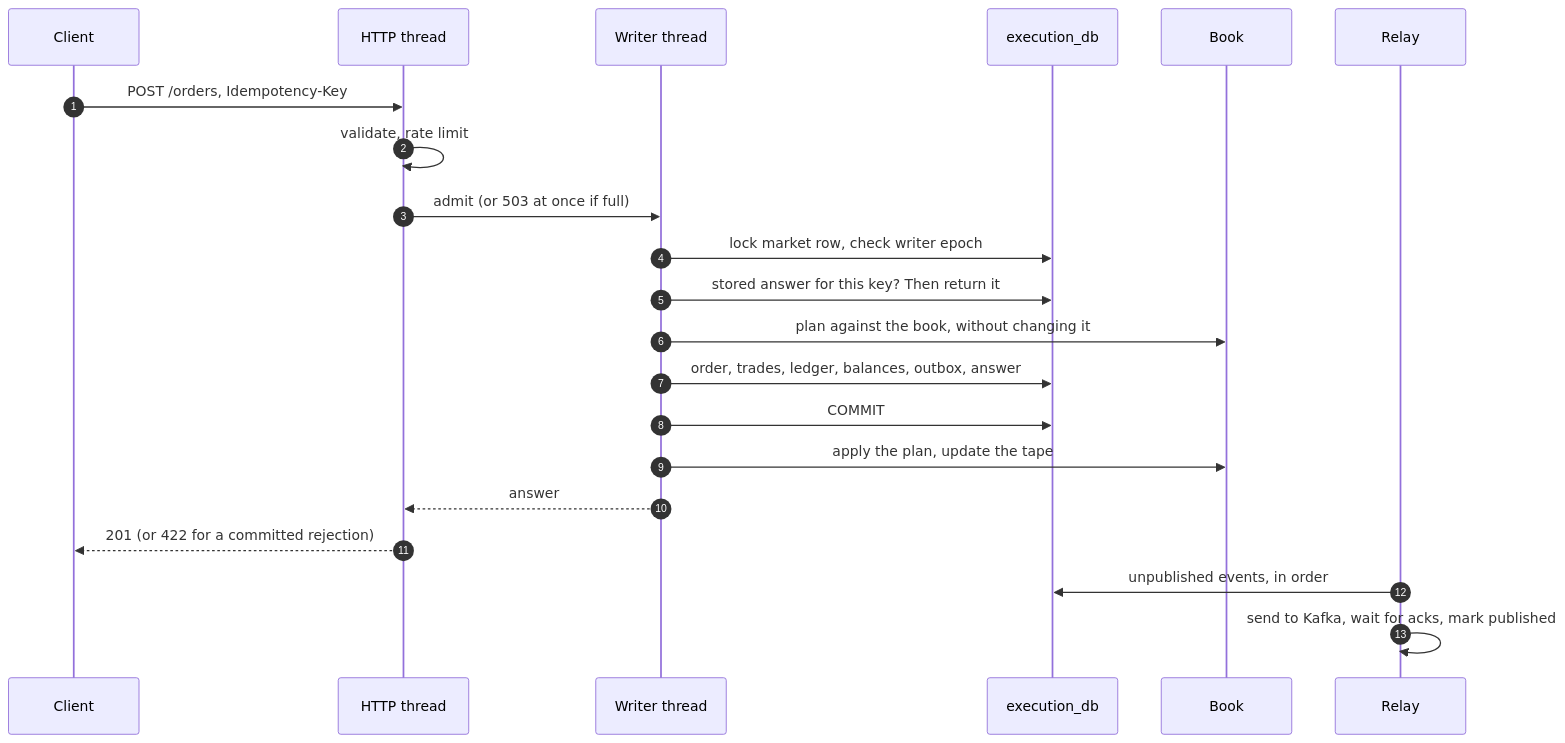
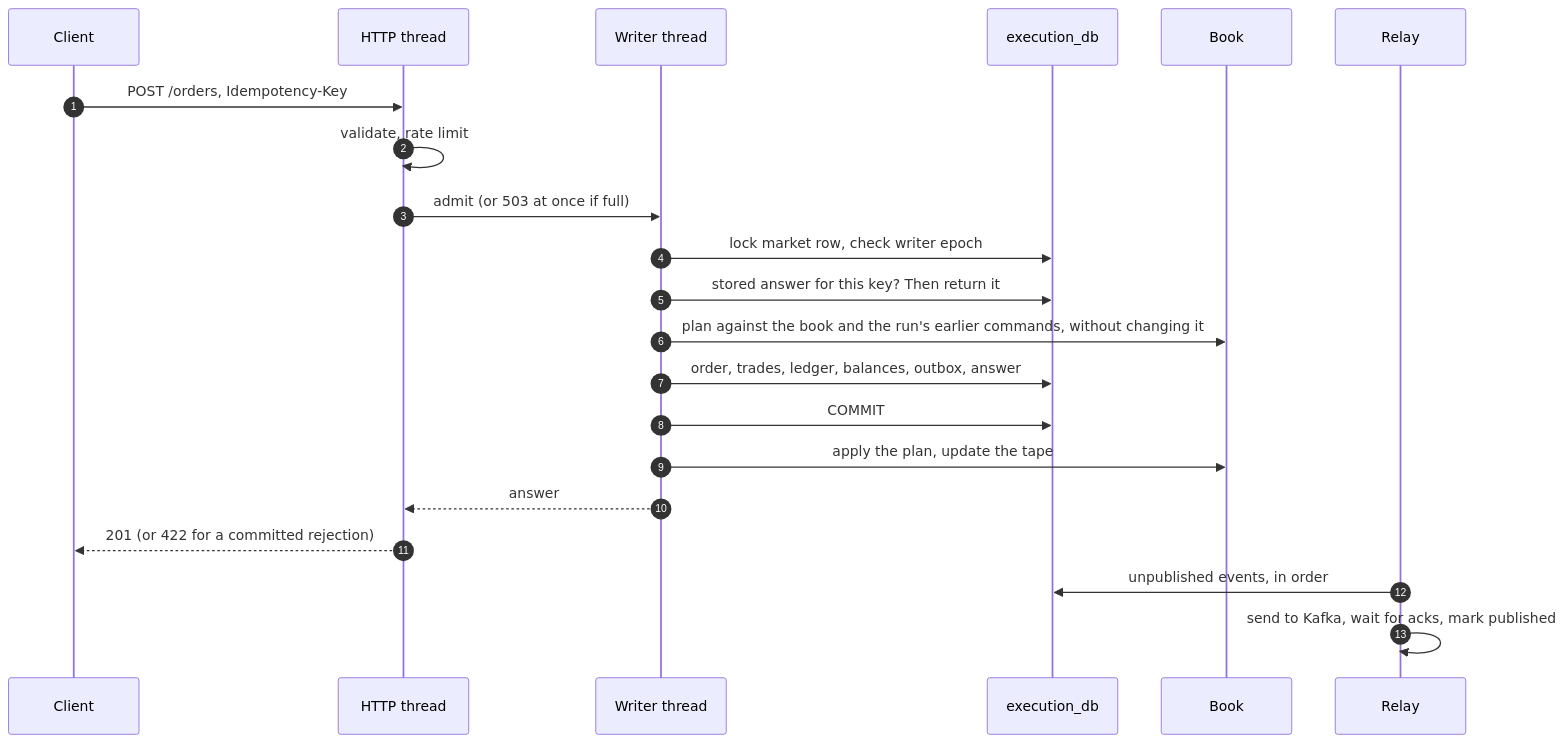
One commit to Princz-Mia/mini-stock-exchange changed the fourth of 8 diagrams in docs/architecture.md. Above: the diagram before and after it, drawn with Mermaid. The commit also changed other lines of this file and 2 other files, not shown here.

````diff
--- a/docs/architecture.md
+++ b/docs/architecture.md
@@ -78,23 +78,23 @@
 ```mermaid
 sequenceDiagram
   autonumber
   participant C as Client
   participant H as HTTP thread
   participant W as Writer thread
   participant DB as execution_db
   participant B as Book
   participant R as Relay
   C->>H: POST /orders, Idempotency-Key
   H->>H: validate, rate limit
   H->>W: admit (or 503 at once if full)
   W->>DB: lock market row, check writer epoch
   W->>DB: stored answer for this key? Then return it
-  W->>B: plan against the book, without changing it
+  W->>B: plan against the book and the run's earlier commands, without changing it
   W->>DB: order, trades, ledger, balances, outbox, answer
   W->>DB: COMMIT
   W->>B: apply the plan, update the tape
   W-->>H: answer
   H-->>C: 201 (or 422 for a committed rejection)
   R->>DB: unpublished events, in order
   R->>R: send to Kafka, wait for acks, mark published
 ```
````
